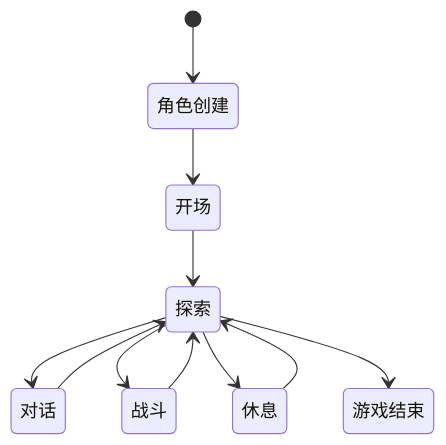
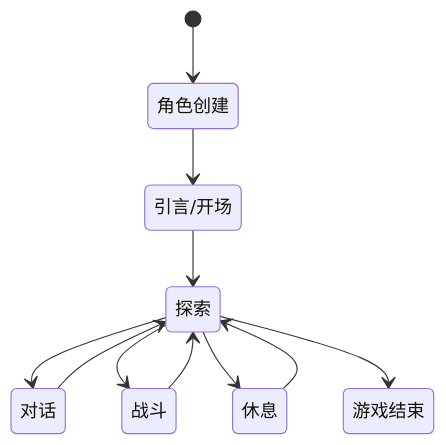
Before and after one commit to zwh8800/cdnd: the eighth of 8 diagrams in .qoder/repowiki/zh/content/游戏引擎架构/游戏阶段管理.md, drawn with Mermaid. The commit also changed other lines of this file and 11 other files, not shown here.

````diff
--- a/.qoder/repowiki/zh/content/游戏引擎架构/游戏阶段管理.md
+++ b/.qoder/repowiki/zh/content/游戏引擎架构/游戏阶段管理.md
@@ -304,13 +352,13 @@
 ```mermaid
 stateDiagram-v2
 [*] --> 角色创建
-角色创建 --> 开场
-开场 --> 探索
+角色创建 --> 引言/开场
+引言/开场 --> 探索
 探索 --> 对话
 探索 --> 战斗
 战斗 --> 探索
 对话 --> 探索
 探索 --> 休息
 休息 --> 探索
 探索 --> 游戏结束
 ```
````
